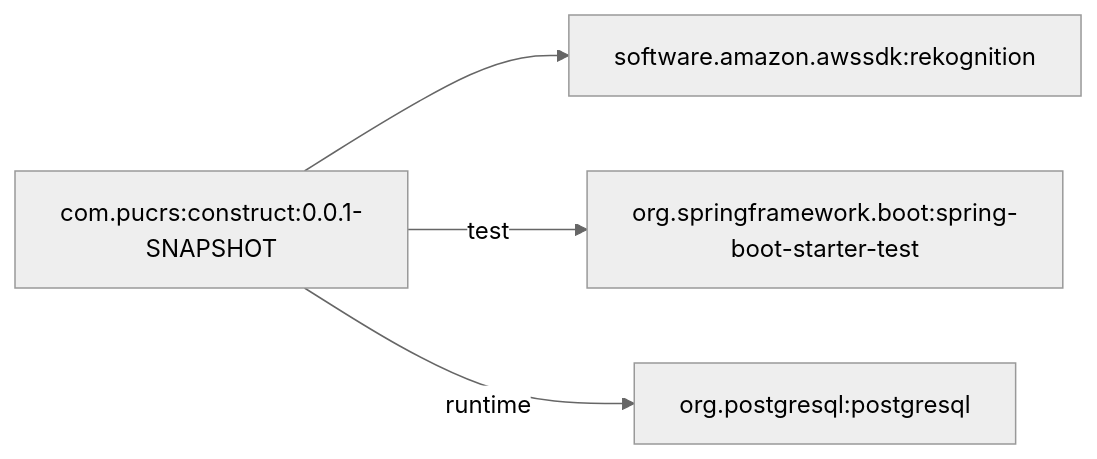
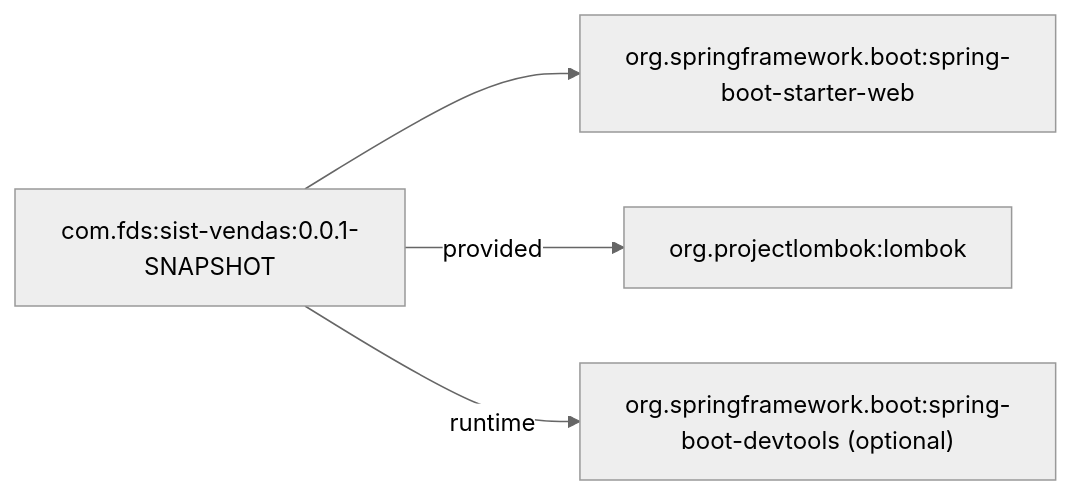
Before and after one commit to d0gz/horus: the diagram in README.md, drawn with Mermaid (neutral theme). The commit also changed other lines of this file and 3 other files, not shown here.

````diff
--- a/README.md
+++ b/README.md
@@ -24,7 +24,7 @@
 ```mermaid
 flowchart LR
-    project["com.pucrs:construct:0.0.1-SNAPSHOT"]
-    project --> dep0["software.amazon.awssdk:rekognition"]
-    project -->|test| dep1["org.springframework.boot:spring-boot-starter-test"]
-    project -->|runtime| dep2["org.postgresql:postgresql"]
+    project["com.fds:sist-vendas:0.0.1-SNAPSHOT"]
+    project --> dep0["org.springframework.boot:spring-boot-starter-web"]
+    project -->|provided| dep1["org.projectlombok:lombok"]
+    project -->|runtime| dep2["org.springframework.boot:spring-boot-devtools (optional)"]
 ```
````
